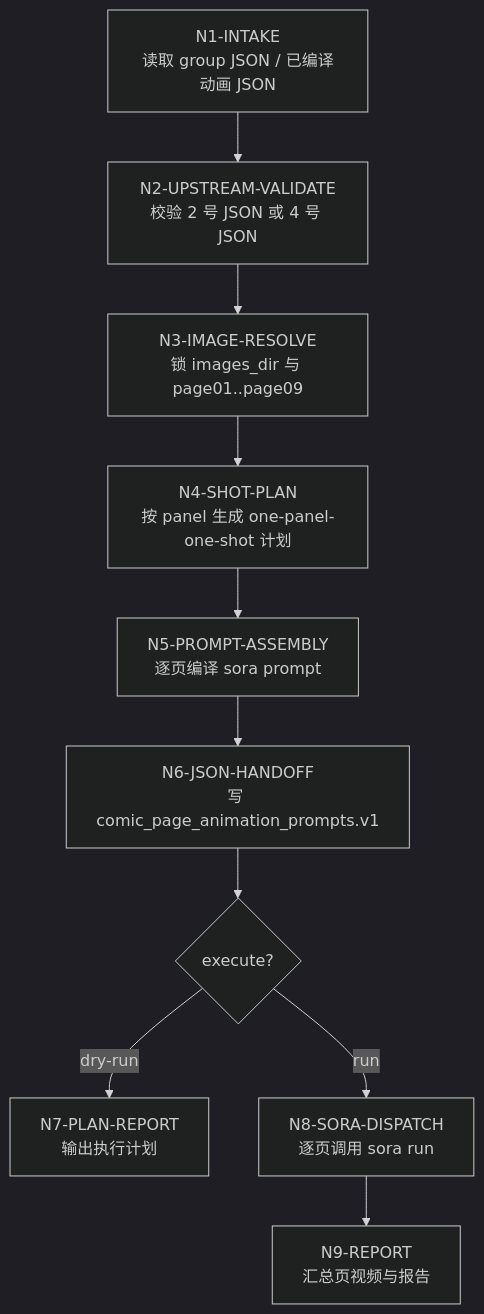
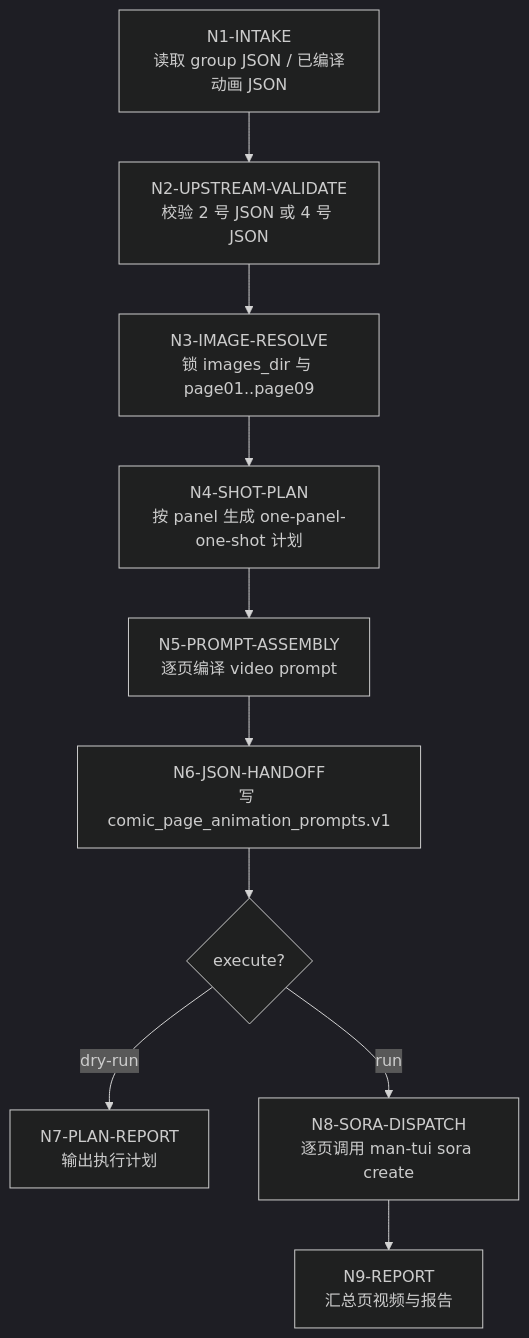
The first of 3 diagrams in .agents/skills/comic/4-动画生成/SKILL.md (ZEN-VOID/AI-CUT), drawn with Mermaid (dark theme) before and after one commit. The commit also changed other lines of this file and 332 other files, not shown here.

````diff
--- a/.agents/skills/comic/4-动画生成/SKILL.md
+++ b/.agents/skills/comic/4-动画生成/SKILL.md
@@ -90,12 +97,12 @@
 ```mermaid
 flowchart TD
     A["N1-INTAKE<br/>读取 group JSON / 已编译动画 JSON"] --> B["N2-UPSTREAM-VALIDATE<br/>校验 2 号 JSON 或 4 号 JSON"]
     B --> C["N3-IMAGE-RESOLVE<br/>锁 images_dir 与 page01..page09"]
     C --> D["N4-SHOT-PLAN<br/>按 panel 生成 one-panel-one-shot 计划"]
-    D --> E["N5-PROMPT-ASSEMBLY<br/>逐页编译 sora prompt"]
+    D --> E["N5-PROMPT-ASSEMBLY<br/>逐页编译 video prompt"]
     E --> F["N6-JSON-HANDOFF<br/>写 comic_page_animation_prompts.v1"]
     F --> G{"execute?"}
     G -->|"dry-run"| H["N7-PLAN-REPORT<br/>输出执行计划"]
-    G -->|"run"| I["N8-SORA-DISPATCH<br/>逐页调用 sora run"]
+    G -->|"run"| I["N8-SORA-DISPATCH<br/>逐页调用 man-tui sora create"]
     I --> J["N9-REPORT<br/>汇总页视频与报告"]
 ```
````
